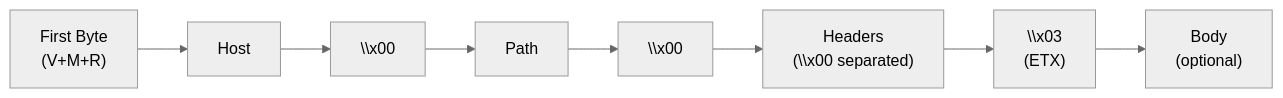
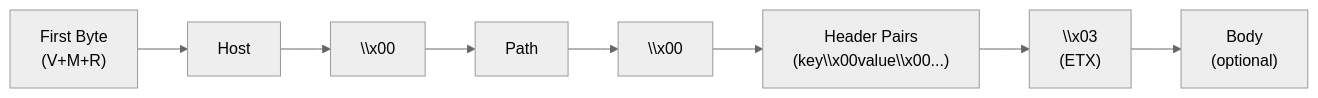
Before and after one commit to qo-proto/qh: the second of 4 diagrams in docs/protocol-definition.md, drawn with Mermaid (neutral theme). The commit also changed other lines of this file and 13 other files, not shown here.

````diff
--- a/docs/protocol-definition.md
+++ b/docs/protocol-definition.md
@@ -303,10 +321,10 @@
 ```mermaid
 flowchart LR
     A["First Byte<br/>(V+M+R)"] --> B["Host"]
     B --> C["\\x00"]
     C --> D["Path"]
     D --> E["\\x00"]
-    E --> F["Headers<br/>(\\x00 separated)"]
+    E --> F["Header Pairs<br/>(key\\x00value\\x00...)"]
     F --> G["\\x03<br/>(ETX)"]
     G --> H["Body<br/>(optional)"]
 ```
````
